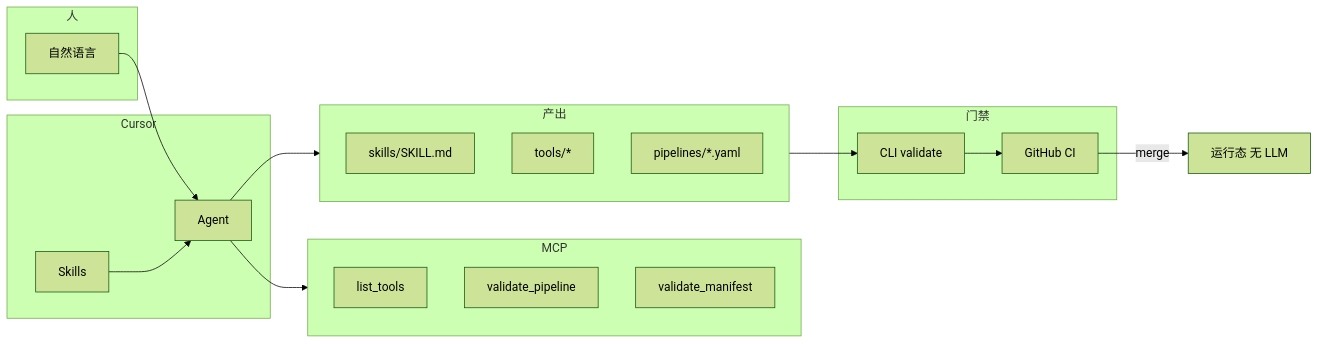
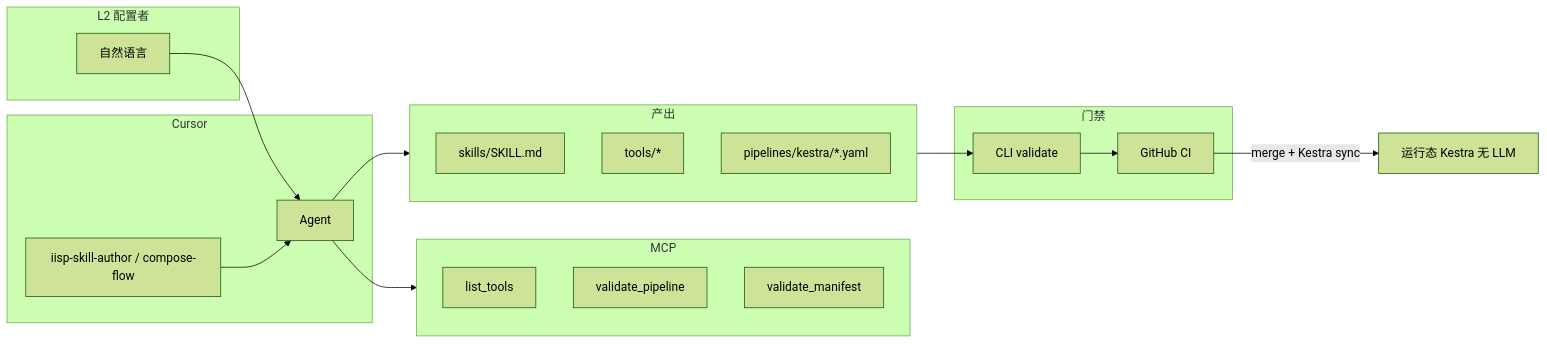
Before and after one commit to algo-boost/DetForge-Studio: the sixth of 10 diagrams in docs/ARCHITECTURE_DIAGRAMS.md, drawn with Mermaid (forest theme). The commit also changed other lines of this file and 37 other files, not shown here.

````diff
--- a/docs/ARCHITECTURE_DIAGRAMS.md
+++ b/docs/ARCHITECTURE_DIAGRAMS.md
@@ -196,35 +195,35 @@
 ```mermaid
 flowchart LR
-  subgraph human [人]
+  subgraph l2 [L2 配置者]
     NL[自然语言]
   end
 
   subgraph cursor [Cursor]
-    SK[Skills]
+    SK[iisp-skill-author / compose-flow]
     AG[Agent]
     NL --> AG
     SK --> AG
   end
 
   subgraph mcp [MCP]
     LT[list_tools]
     VP[validate_pipeline]
     VM[validate_manifest]
   end
 
   subgraph out [产出]
     SKILL[skills/SKILL.md]
     TOOL[tools/*]
-    YAML[pipelines/*.yaml]
+    YAML[pipelines/kestra/*.yaml]
   end
 
   subgraph gate [门禁]
     V[CLI validate]
     CI[GitHub CI]
   end
 
   AG --> mcp
   AG --> out
   out --> V --> CI
-  CI -->|merge| RUN[运行态 无 LLM]
+  CI -->|merge + Kestra sync| RUN[运行态 Kestra 无 LLM]
 ```
````
